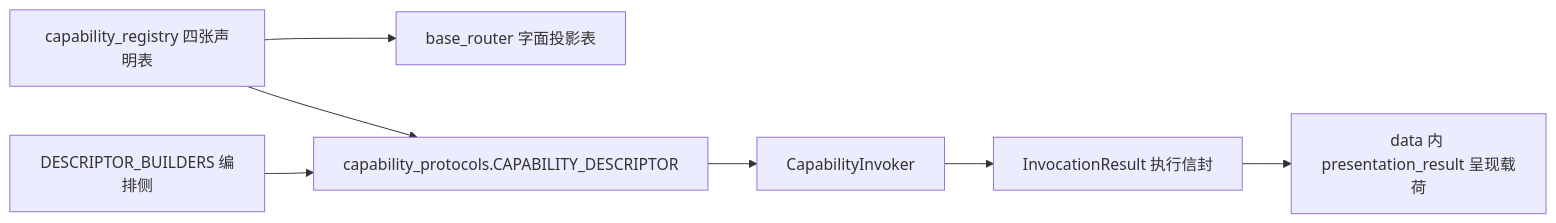
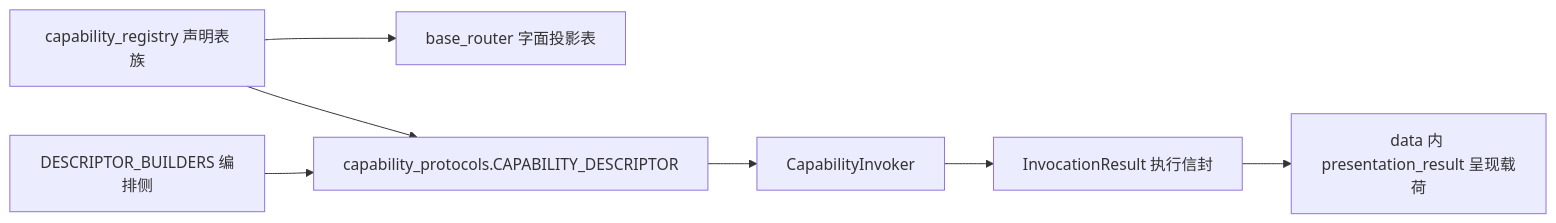
Before and after one commit to LancyCelestia/WuWa-Character-Bots: the diagram in docs/boards/B02-routing-dispatch/capability-registry/README.md, drawn with Mermaid. The commit also changed other lines of this file and 121 other files, not shown here.

````diff
--- a/docs/boards/B02-routing-dispatch/capability-registry/README.md
+++ b/docs/boards/B02-routing-dispatch/capability-registry/README.md
@@ -33,9 +33,9 @@
 ```mermaid
 flowchart LR
-  decl[capability_registry 四张声明表] --> proj[base_router 字面投影表]
+  decl[capability_registry 声明表族] --> proj[base_router 字面投影表]
   decl --> desc[capability_protocols.CAPABILITY_DESCRIPTOR]
   build[DESCRIPTOR_BUILDERS 编排侧] --> desc
   desc --> invoker[CapabilityInvoker]
   invoker --> env[InvocationResult 执行信封]
   env --> pres[data 内 presentation_result 呈现载荷]
 ```
````
